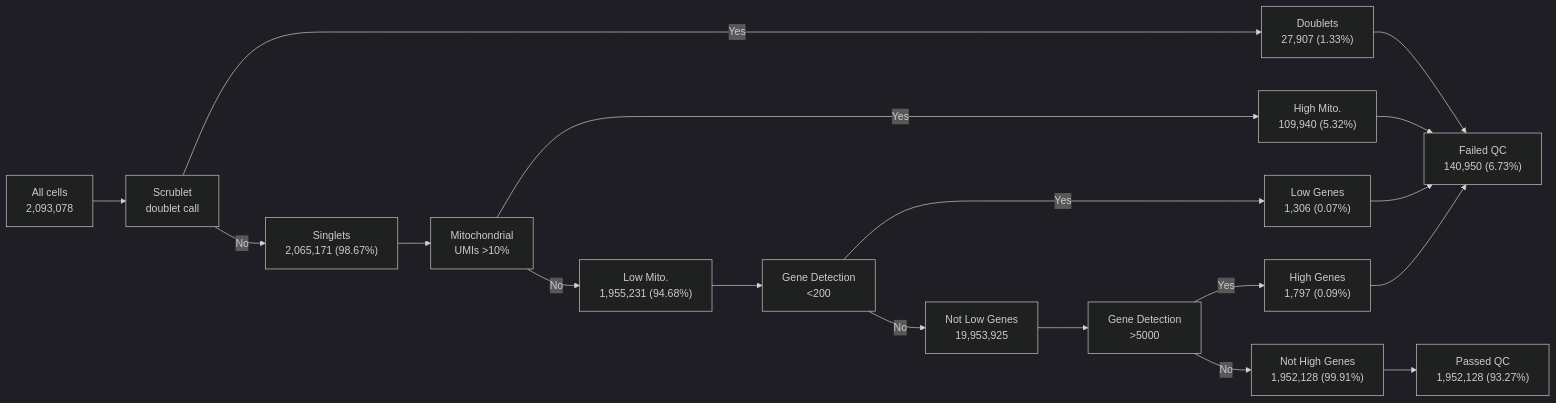
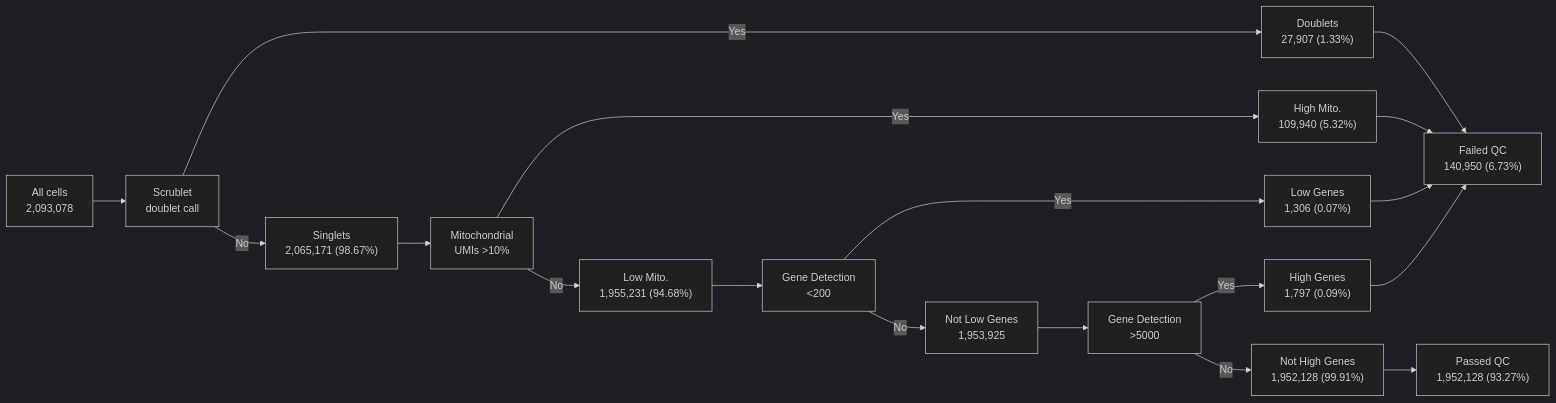
Before and after one commit to aifimmunology/aifi-healthy-pbmc-reference: the diagram in visualizations/QC Filtering flowchart.md, drawn with Mermaid (dark theme).

Commit message:
Update QC Filtering flowchart.md

````diff
--- a/visualizations/QC Filtering flowchart.md
+++ b/visualizations/QC Filtering flowchart.md
@@ -1,21 +1,21 @@
 ```mermaid
 flowchart LR
 
 all["All cells\n2,093,078"] --> scrublet["Scrublet\ndoublet call"]
 scrublet -- Yes --> doublets["Doublets\n27,907 (1.33%)"]
 scrublet -- No --> singlets["Singlets\n2,065,171 (98.67%)"]
 singlets --> mito["Mitochondrial\nUMIs >10%"]
 mito -- Yes --> high_mito["High Mito.\n109,940 (5.32%)"]
 mito -- No --> low_mito["Low Mito.\n1,955,231 (94.68%)"]
 low_mito --> low_test["Gene Detection\n<200"]
 low_test -- Yes --> low_genes["Low Genes\n1,306 (0.07%)"]
-low_test -- No --> not_low_genes["Not Low Genes\n19,953,925"]
+low_test -- No --> not_low_genes["Not Low Genes\n1,953,925"]
 not_low_genes --> high_test["Gene Detection\n>5000"]
 high_test -- Yes --> high_genes["High Genes\n1,797 (0.09%)"]
 high_test -- No --> not_high_genes["Not High Genes\n1,952,128 (99.91%)"]
 not_high_genes --> pass["Passed QC\n1,952,128 (93.27%)"]
 doublets --> fail["Failed QC\n140,950 (6.73%)"]
 high_mito --> fail
 low_genes --> fail
 high_genes --> fail
 ```
````
